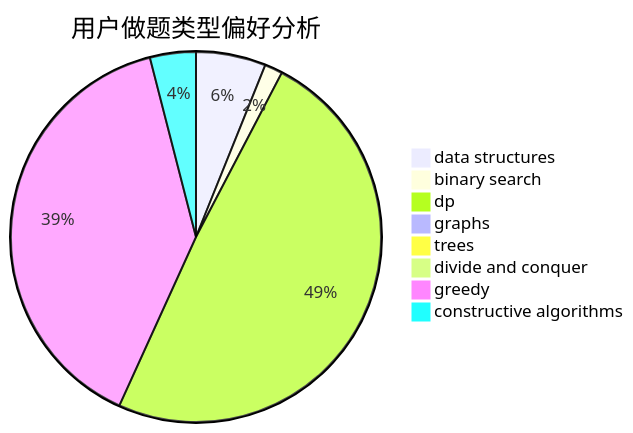
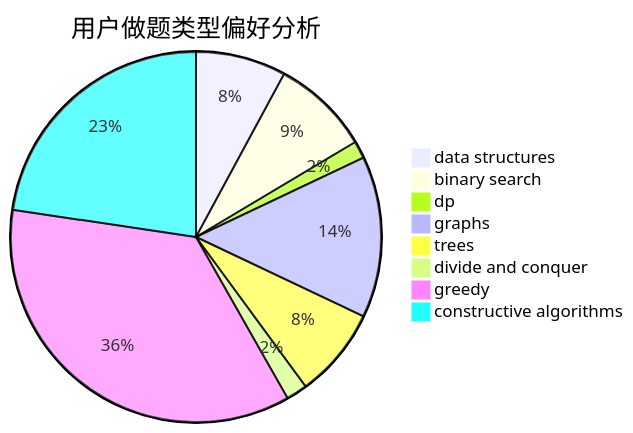
One commit to sherpahu/cfrs.github.io changed the second of 3 diagrams in docs/user/u2528.md. Above: the diagram before and after it, drawn with Mermaid. The commit also changed other lines of this file and 2770 other files, not shown here.

````diff
--- a/docs/user/u2528.md
+++ b/docs/user/u2528.md
@@ -23,11 +23,11 @@
 ```mermaid
 pie title 用户做题类型偏好分析
-    "data structures" :  35
-    "binary search" :  9
-    "dp" :  282
-    "graphs" :  2
-    "trees" :  2
-    "divide and conquer" :  0
-    "greedy" :  225
-    "constructive algorithms" :  23
+    "data structures" :  47
+    "binary search" :  51
+    "dp" :  9
+    "graphs" :  84
+    "trees" :  47
+    "divide and conquer" :  11
+    "greedy" :  212
+    "constructive algorithms" :  135
 ```
````
